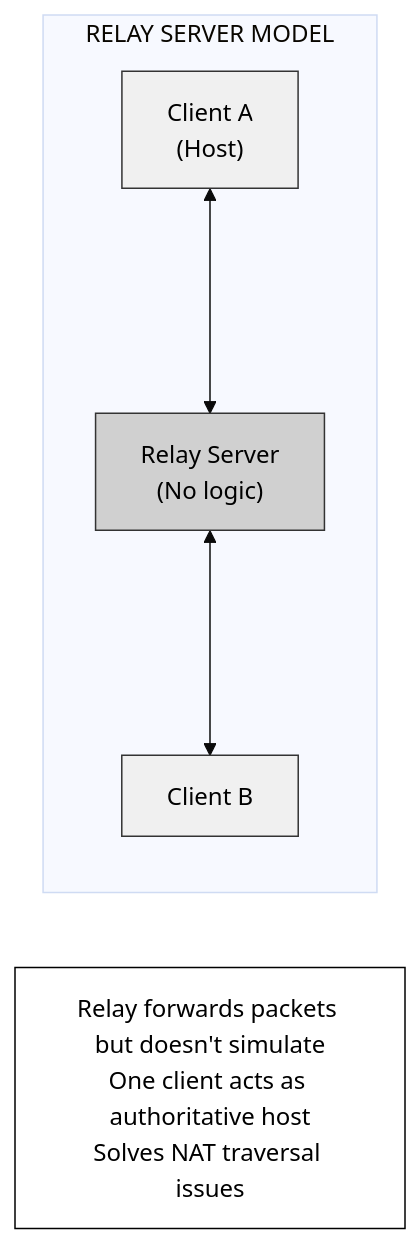
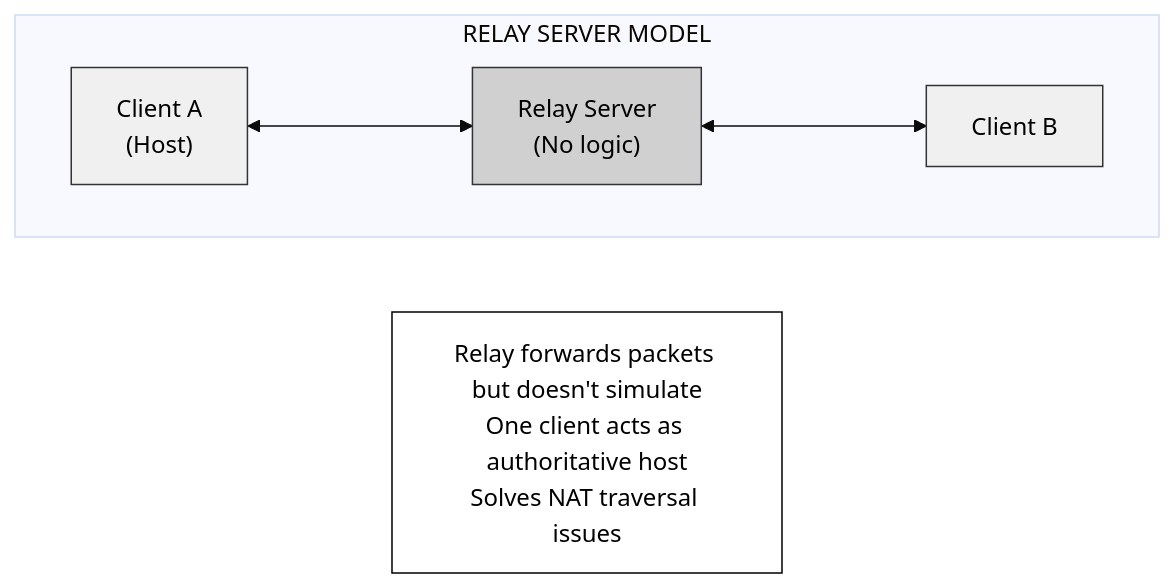
One commit to jukofyork/close-combat-architecture-study changed the fourth of 7 diagrams in chapter_15_multiplayer.md. Above: the diagram before and after it, drawn with Mermaid (base theme). The commit also changed other lines of this file and 7 other files, not shown here.

````diff
--- a/chapter_15_multiplayer.md
+++ b/chapter_15_multiplayer.md
@@ -511,21 +514,22 @@
 ```mermaid
 flowchart LR
     classDef default fill:#fff,stroke:#000,stroke-width:1px,color:#000
     classDef light fill:#f0f0f0,stroke:#333,stroke-width:1px,color:#000
     classDef medium fill:#d0d0d0,stroke:#333,stroke-width:1px,color:#000
     classDef dark fill:#b0b0b0,stroke:#000,stroke-width:2px,color:#000
 
     subgraph Relay["RELAY SERVER MODEL"]
+        direction LR
 
         ClientA["Client A\n(Host)"]
         RelayServer["Relay Server\n(No logic)"]
         ClientB["Client B"]
 
         ClientA <---> RelayServer <---> ClientB
     end
 
     Note["Relay forwards packets but doesn't simulate\nOne client acts as authoritative host\nSolves NAT traversal issues"]
 
     class ClientA,ClientB light
     class RelayServer medium
 ```
````
